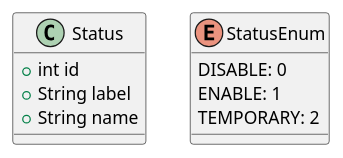
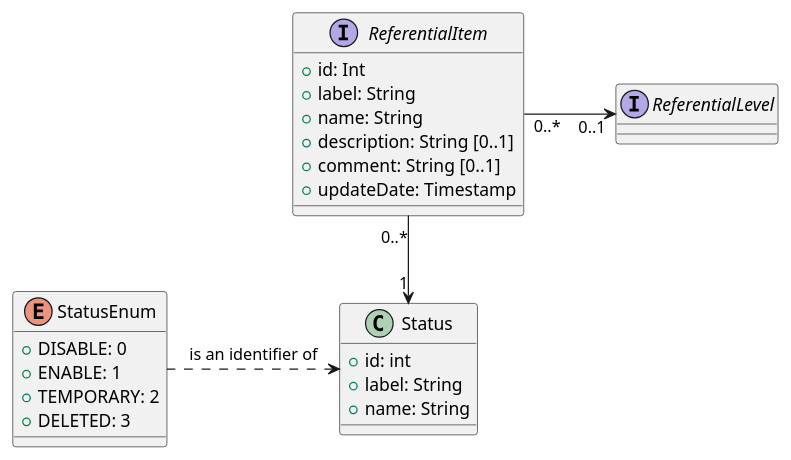
The diagram in model/referential/common.puml (sumaris-net/sumaris-doc), drawn with PlantUML before and after one commit. The commit also changed 12 other files, not shown here.

Commit message:
[enh] Model: Add data class diagrams in english

```diff
--- a/model/referential/common.puml
+++ b/model/referential/common.puml
@@ -1,14 +1,34 @@
 @startuml
 
+interface ReferentialItem {
+    +id: Int
+    +label: String
+    +name: String
+    +description: String [0..1]
+    +comment: String [0..1]
+    +updateDate: Timestamp
+}
+
+interface ReferentialLevel {
+}
+
 class Status {
-    +int id
-    +String label
-    +String name
+    +id: int
+    +label: String
+    +name: String
 }
 
 enum StatusEnum {
-    DISABLE: 0
-    ENABLE: 1
-    TEMPORARY: 2
+   +DISABLE: 0
+   +ENABLE: 1
+   +TEMPORARY: 2
+   +DELETED: 3
 }
+
+ReferentialItem "0..*" --> "1" Status
+ReferentialItem "0..*" -right-> "0..1" ReferentialLevel: "           "
+
+Status <.left. StatusEnum: is an identifier of
+
+
 @enduml
```
